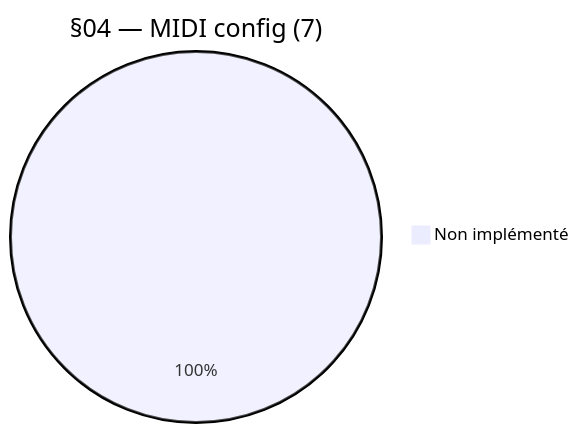
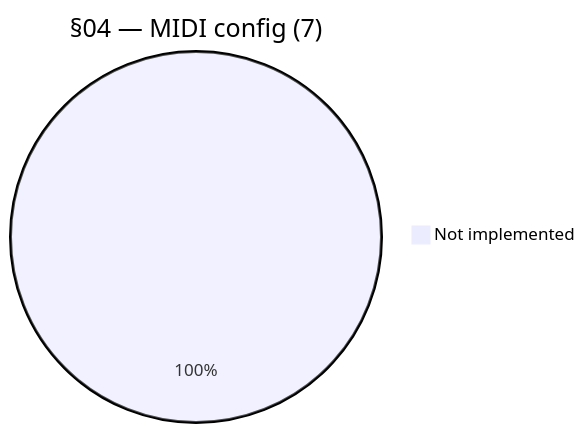
One commit to xplorer2716/XS56K changed the eighth of 14 diagrams in process/3.plan/SUMMARY-akm-sections-coverage.md. Above: the diagram before and after it, drawn with Mermaid. The commit also changed other lines of this file, not shown here.

````diff
--- a/process/3.plan/SUMMARY-akm-sections-coverage.md
+++ b/process/3.plan/SUMMARY-akm-sections-coverage.md
@@ -75,4 +75,4 @@
 ```mermaid
 pie title §04 — MIDI config (7)
-    "Non implémenté" : 7
+    "Not implemented" : 7
 ```
````
